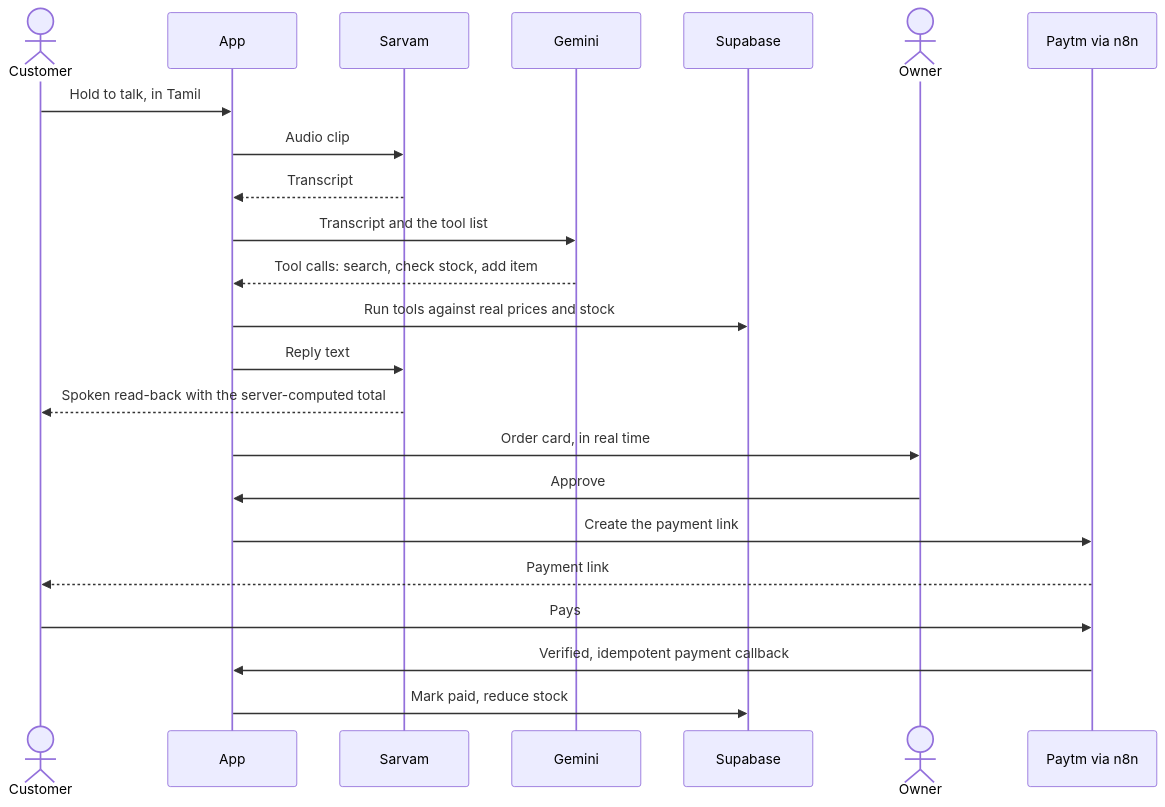
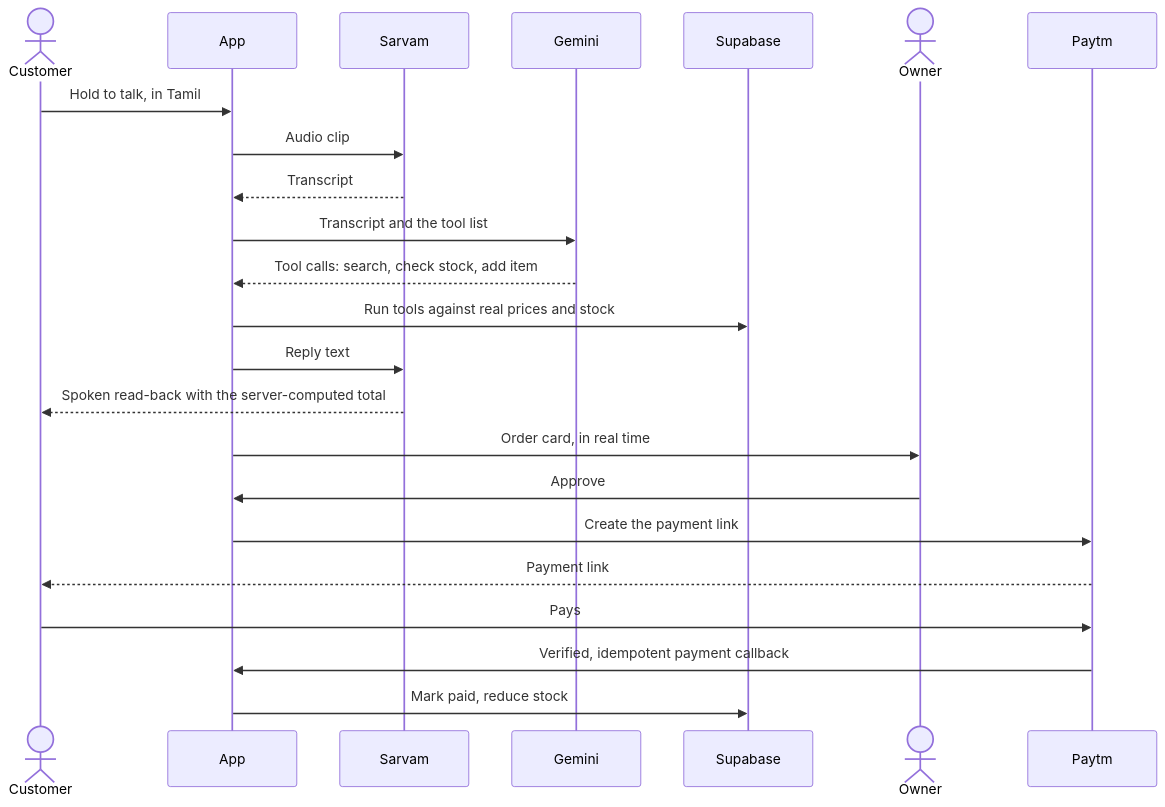
The second of 2 diagrams in README.md (ShaanGS/hacksprint), drawn with Mermaid before and after one commit. The commit also changed other lines of this file and 3 other files, not shown here.

````diff
--- a/README.md
+++ b/README.md
@@ -82,26 +82,26 @@
 ```mermaid
 sequenceDiagram
     actor C as Customer
     participant A as App
     participant S as Sarvam
     participant G as Gemini
     participant D as Supabase
     actor O as Owner
-    participant P as Paytm via n8n
+    participant P as Paytm
 
     C->>A: Hold to talk, in Tamil
     A->>S: Audio clip
     S-->>A: Transcript
     A->>G: Transcript and the tool list
     G-->>A: Tool calls: search, check stock, add item
     A->>D: Run tools against real prices and stock
     A->>S: Reply text
     S-->>C: Spoken read-back with the server-computed total
     A->>O: Order card, in real time
     O->>A: Approve
     A->>P: Create the payment link
     P-->>C: Payment link
     C->>P: Pays
     P->>A: Verified, idempotent payment callback
     A->>D: Mark paid, reduce stock
 ```
````
